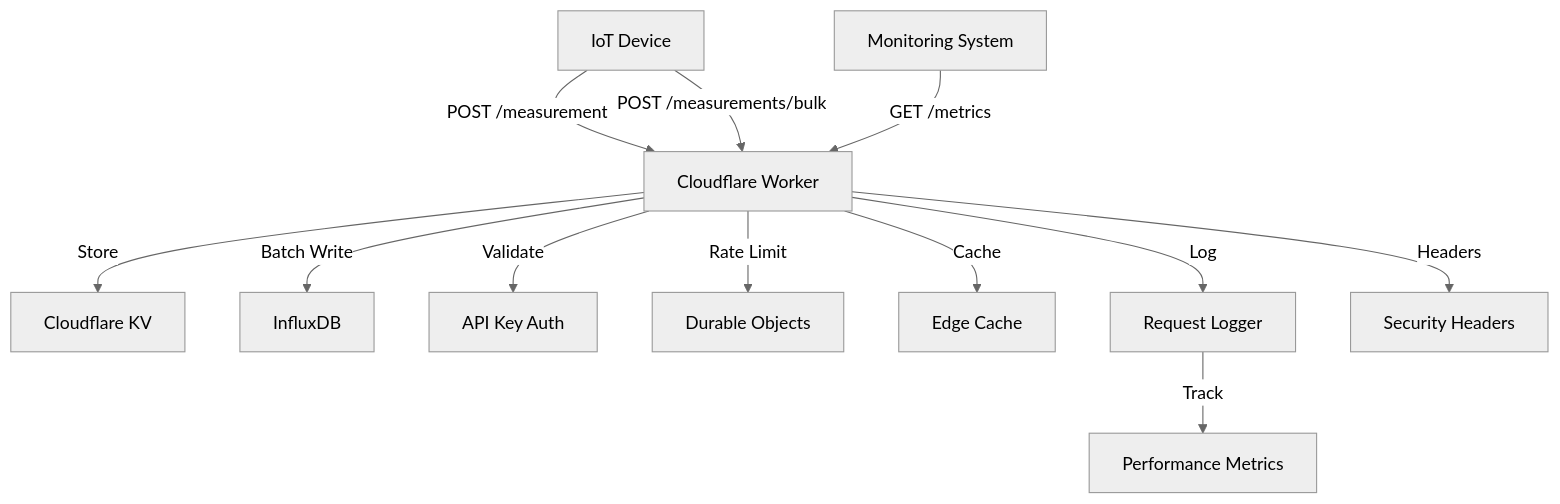
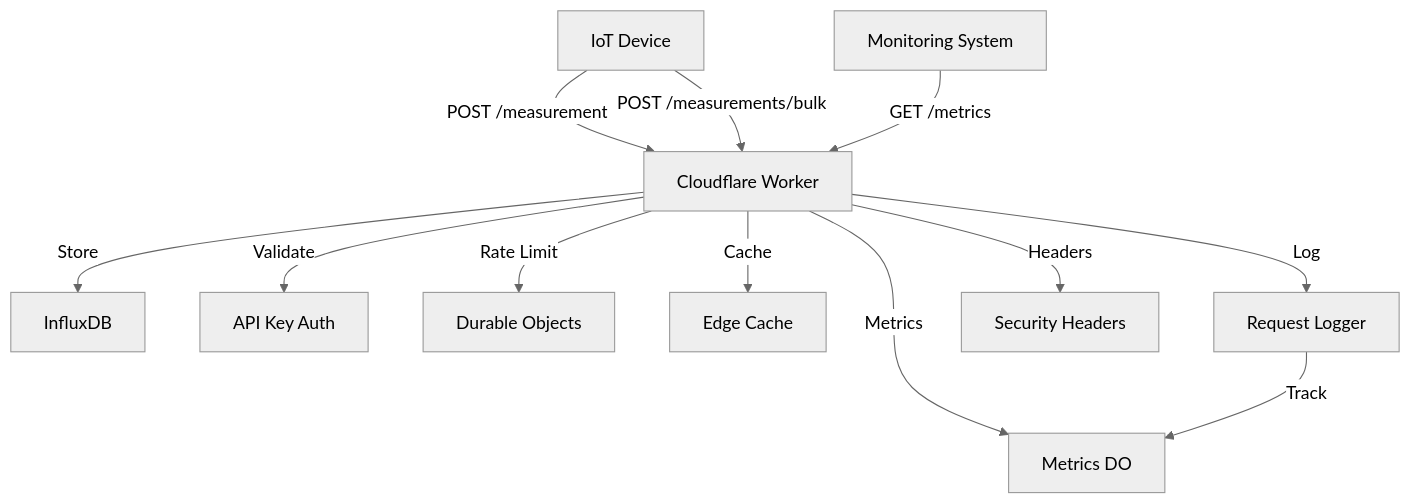
One commit to veilands/cf-learn changed the diagram in README.md. Above: the diagram before and after it, drawn with Mermaid (neutral theme). The commit also changed other lines of this file and 17 other files, not shown here.

````diff
--- a/README.md
+++ b/README.md
@@ -43,14 +43,14 @@
 ```mermaid
 graph TD
     Device[IoT Device] -->|POST /measurement| Worker[Cloudflare Worker]
     Device -->|POST /measurements/bulk| Worker
     Monitor[Monitoring System] -->|GET /metrics| Worker
-    Worker -->|Store| KV[Cloudflare KV]
-    Worker -->|Batch Write| InfluxDB[InfluxDB]
+    Worker -->|Store| InfluxDB[InfluxDB]
     Worker -->|Validate| Auth[API Key Auth]
     Worker -->|Rate Limit| RateLimit[Durable Objects]
+    Worker -->|Metrics| Metrics[Metrics DO]
     Worker -->|Cache| Cache[Edge Cache]
     Worker -->|Log| Logger[Request Logger]
     Worker -->|Headers| Security[Security Headers]
-    Logger -->|Track| Metrics[Performance Metrics]
+    Logger -->|Track| Metrics
 ```
````
